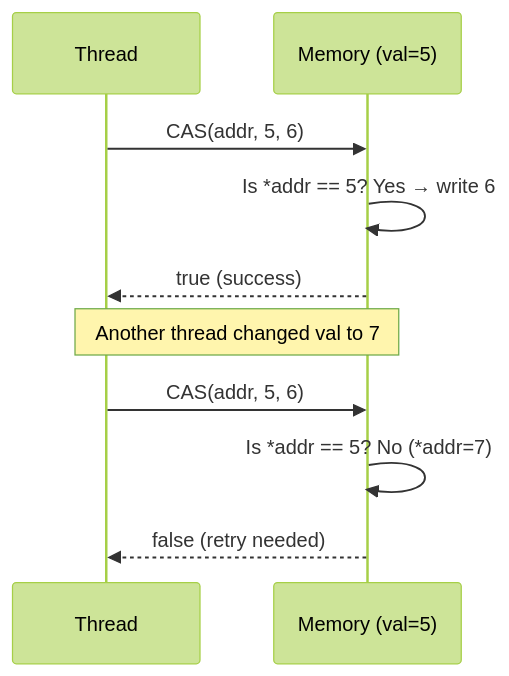
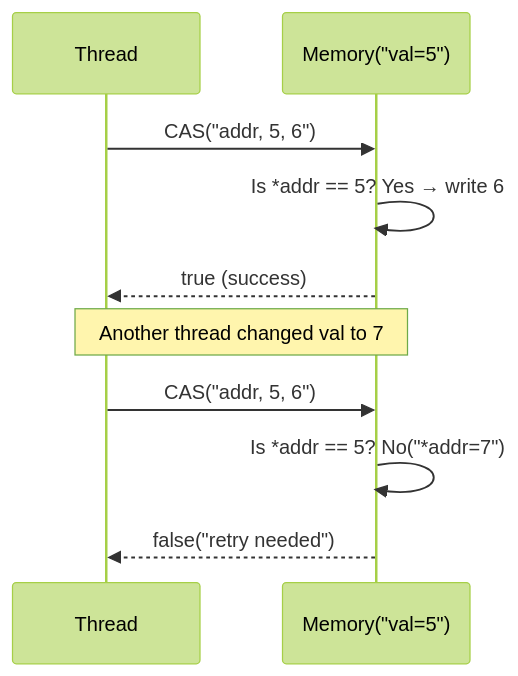
The diagram in content/questions/fundamentals/compare-and-swap.md (pploc/swe-icon-the-moment), drawn with Mermaid (forest theme) before and after one commit. The commit also changed 167 other files, not shown here.

````diff
--- a/content/questions/fundamentals/compare-and-swap.md
+++ b/content/questions/fundamentals/compare-and-swap.md
@@ -20,12 +20,13 @@
 ```mermaid
 sequenceDiagram
     participant T as Thread
-    participant M as Memory (val=5)
-    T->>M: CAS(addr, 5, 6)
+    participant M as Memory("val=5")
+    T->>M: CAS("addr, 5, 6")
     M->>M: Is *addr == 5? Yes → write 6
     M-->>T: true (success)
     Note over T,M: Another thread changed val to 7
-    T->>M: CAS(addr, 5, 6)
-    M->>M: Is *addr == 5? No (*addr=7)
-    M-->>T: false (retry needed)
+    T->>M: CAS("addr, 5, 6")
+    M->>M: Is *addr == 5? No("*addr=7")
+    M-->>T: false("retry needed")
+
 ```
````
